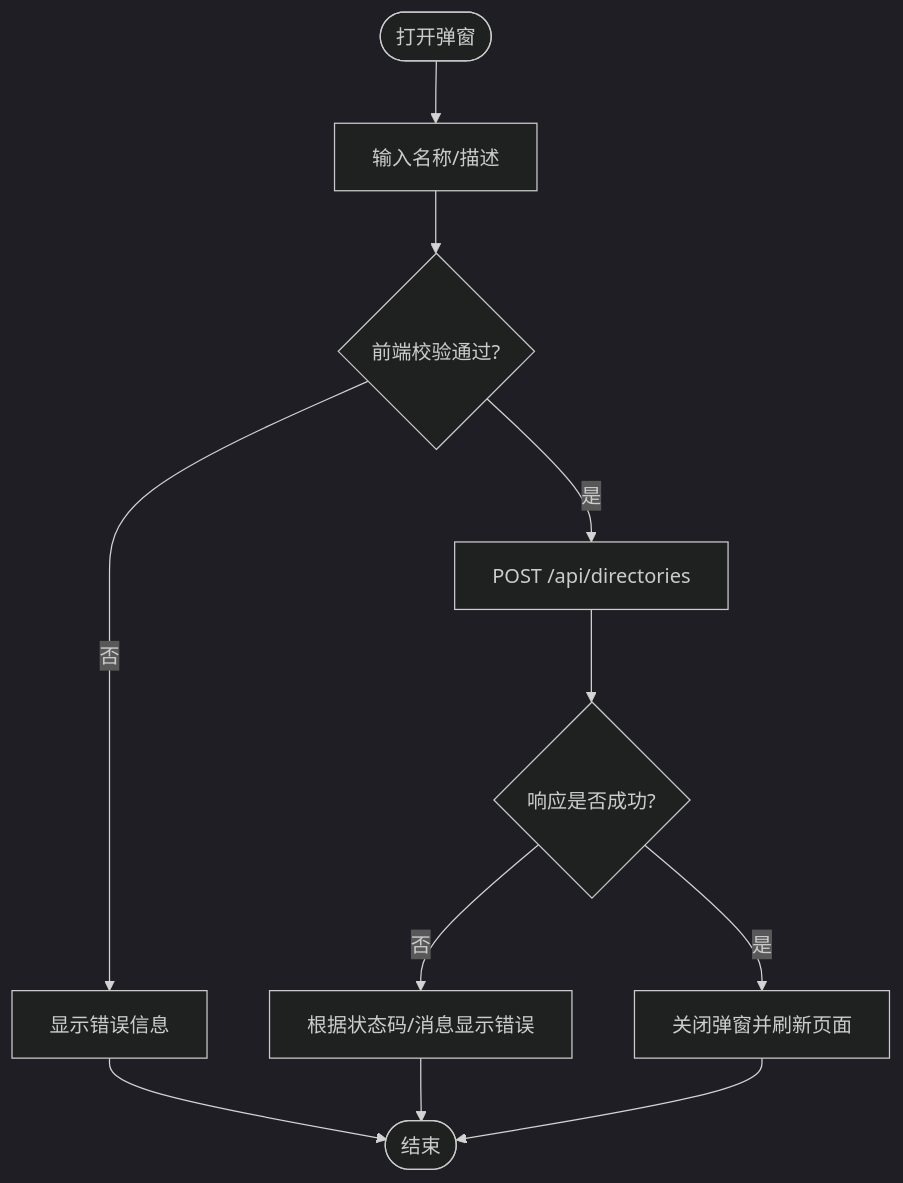
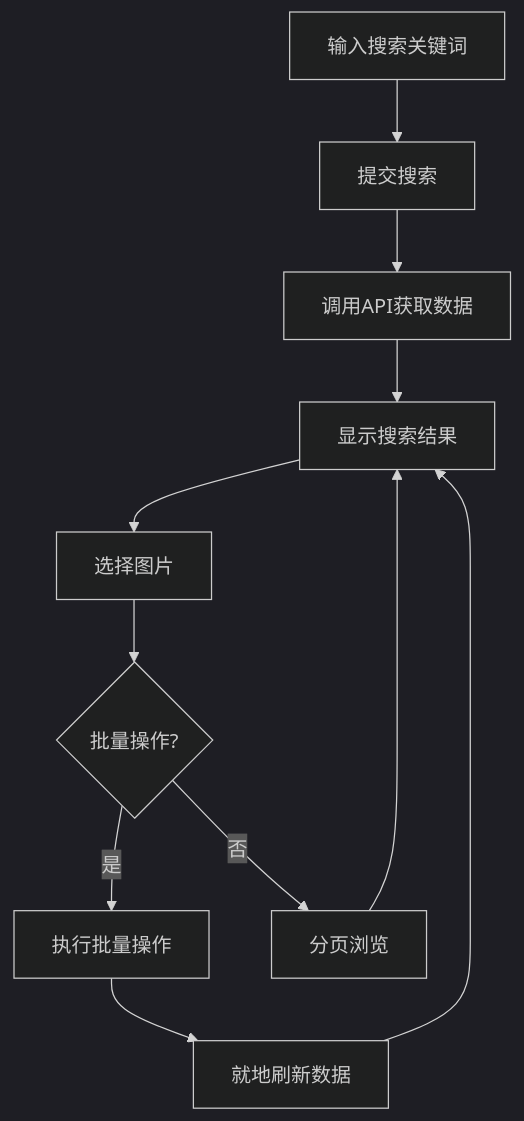
The fourth of 7 diagrams in .qoder/repowiki/zh/content/前端组件/图片树形表格组件.md (pnnh/weable), drawn with Mermaid (dark theme) before and after one commit. The commit also changed other lines of this file and 154 other files, not shown here.

````diff
--- a/.qoder/repowiki/zh/content/前端组件/图片树形表格组件.md
+++ b/.qoder/repowiki/zh/content/前端组件/图片树形表格组件.md
@@ -207,13 +237,13 @@
 ```mermaid
 flowchart TD
-Start(["打开弹窗"]) --> Input["输入名称/描述"]
-Input --> Validate{"前端校验通过?"}
-Validate --> |否| ShowError["显示错误信息"]
-Validate --> |是| Submit["POST /api/directories"]
-Submit --> Resp{"响应是否成功?"}
-Resp --> |否| HandleError["根据状态码/消息显示错误"]
-Resp --> |是| Close["关闭弹窗并刷新页面"]
-ShowError --> End(["结束"])
-HandleError --> End
-Close --> End
+Search["输入搜索关键词"] --> Submit["提交搜索"]
+Submit --> Fetch["调用API获取数据"]
+Fetch --> Display["显示搜索结果"]
+Display --> Select["选择图片"]
+Select --> BatchOps{"批量操作?"}
+BatchOps --> |是| BatchAction["执行批量操作"]
+BatchOps --> |否| Pagination["分页浏览"]
+BatchAction --> Refresh["就地刷新数据"]
+Refresh --> Display
+Pagination --> Display
 ```
````
